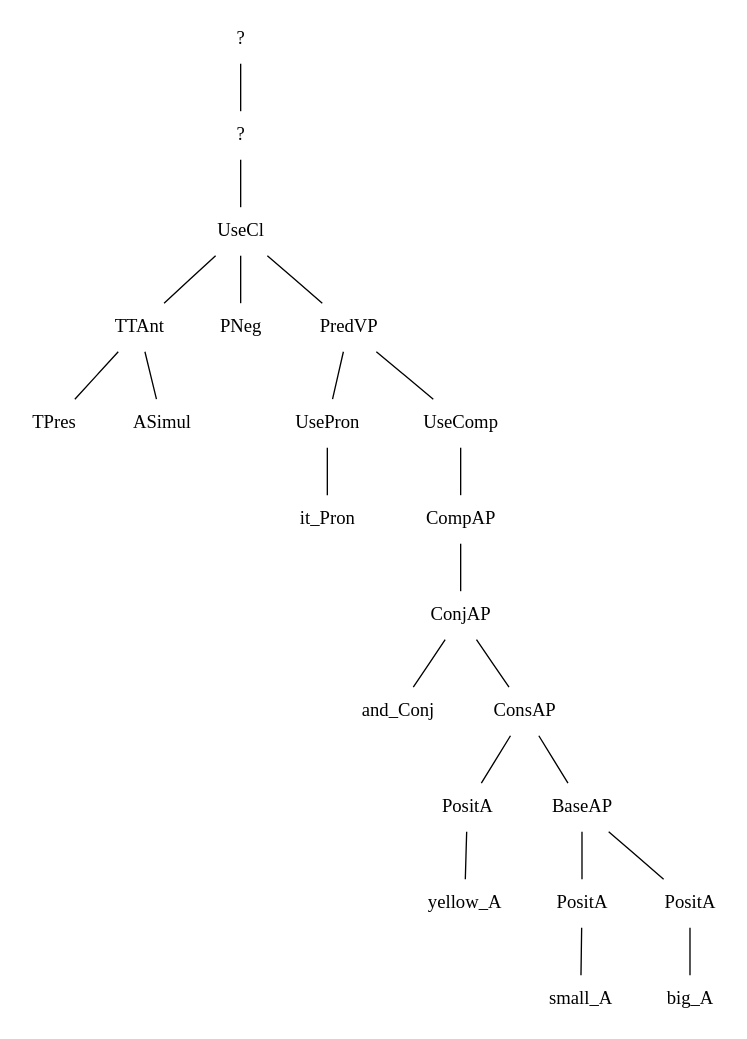
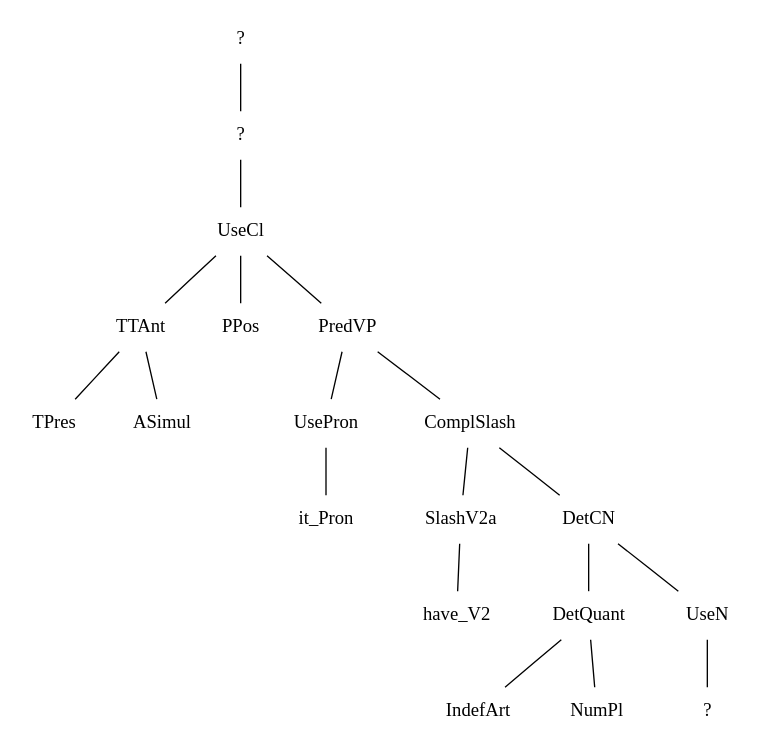
Before and after one commit to MalinAhlberg/SwedishProject: the diagram in mapping/tmp_tree.dot, drawn with Graphviz. The commit also changed 6 other files, not shown here.

```diff
--- a/mapping/tmp_tree.dot
+++ b/mapping/tmp_tree.dot
@@ -1,45 +1,39 @@
 graph {
 n0[label = "?", style = "solid", shape = "plaintext"] ;
 n0_0[label = "?", style = "solid", shape = "plaintext"] ;
 n0 -- n0_0 [style = "solid"];
 n0_0_0[label = "UseCl", style = "solid", shape = "plaintext"] ;
 n0_0 -- n0_0_0 [style = "solid"];
 n0_0_0_0[label = "TTAnt", style = "solid", shape = "plaintext"] ;
 n0_0_0 -- n0_0_0_0 [style = "solid"];
 n0_0_0_0_0[label = "TPres", style = "solid", shape = "plaintext"] ;
 n0_0_0_0 -- n0_0_0_0_0 [style = "solid"];
 n1_0_0_0_0[label = "ASimul", style = "solid", shape = "plaintext"] ;
 n0_0_0_0 -- n1_0_0_0_0 [style = "solid"];
-n1_0_0_0[label = "PNeg", style = "solid", shape = "plaintext"] ;
+n1_0_0_0[label = "PPos", style = "solid", shape = "plaintext"] ;
 n0_0_0 -- n1_0_0_0 [style = "solid"];
 n2_0_0_0[label = "PredVP", style = "solid", shape = "plaintext"] ;
 n0_0_0 -- n2_0_0_0 [style = "solid"];
 n0_2_0_0_0[label = "UsePron", style = "solid", shape = "plaintext"] ;
 n2_0_0_0 -- n0_2_0_0_0 [style = "solid"];
 n0_0_2_0_0_0[label = "it_Pron", style = "solid", shape = "plaintext"] ;
 n0_2_0_0_0 -- n0_0_2_0_0_0 [style = "solid"];
-n1_2_0_0_0[label = "UseComp", style = "solid", shape = "plaintext"] ;
+n1_2_0_0_0[label = "ComplSlash", style = "solid", shape = "plaintext"] ;
 n2_0_0_0 -- n1_2_0_0_0 [style = "solid"];
-n0_1_2_0_0_0[label = "CompAP", style = "solid", shape = "plaintext"] ;
+n0_1_2_0_0_0[label = "SlashV2a", style = "solid", shape = "plaintext"] ;
 n1_2_0_0_0 -- n0_1_2_0_0_0 [style = "solid"];
-n0_0_1_2_0_0_0[label = "ConjAP", style = "solid", shape = "plaintext"] ;
+n0_0_1_2_0_0_0[label = "have_V2", style = "solid", shape = "plaintext"] ;
 n0_1_2_0_0_0 -- n0_0_1_2_0_0_0 [style = "solid"];
-n0_0_0_1_2_0_0_0[label = "and_Conj", style = "solid", shape = "plaintext"] ;
-n0_0_1_2_0_0_0 -- n0_0_0_1_2_0_0_0 [style = "solid"];
-n1_0_0_1_2_0_0_0[label = "ConsAP", style = "solid", shape = "plaintext"] ;
-n0_0_1_2_0_0_0 -- n1_0_0_1_2_0_0_0 [style = "solid"];
-n0_1_0_0_1_2_0_0_0[label = "PositA", style = "solid", shape = "plaintext"] ;
-n1_0_0_1_2_0_0_0 -- n0_1_0_0_1_2_0_0_0 [style = "solid"];
-n0_0_1_0_0_1_2_0_0_0[label = "yellow_A", style = "solid", shape = "plaintext"] ;
-n0_1_0_0_1_2_0_0_0 -- n0_0_1_0_0_1_2_0_0_0 [style = "solid"];
-n1_1_0_0_1_2_0_0_0[label = "BaseAP", style = "solid", shape = "plaintext"] ;
-n1_0_0_1_2_0_0_0 -- n1_1_0_0_1_2_0_0_0 [style = "solid"];
-n0_1_1_0_0_1_2_0_0_0[label = "PositA", style = "solid", shape = "plaintext"] ;
-n1_1_0_0_1_2_0_0_0 -- n0_1_1_0_0_1_2_0_0_0 [style = "solid"];
-n0_0_1_1_0_0_1_2_0_0_0[label = "small_A", style = "solid", shape = "plaintext"] ;
-n0_1_1_0_0_1_2_0_0_0 -- n0_0_1_1_0_0_1_2_0_0_0 [style = "solid"];
-n1_1_1_0_0_1_2_0_0_0[label = "PositA", style = "solid", shape = "plaintext"] ;
-n1_1_0_0_1_2_0_0_0 -- n1_1_1_0_0_1_2_0_0_0 [style = "solid"];
-n0_1_1_1_0_0_1_2_0_0_0[label = "big_A", style = "solid", shape = "plaintext"] ;
-n1_1_1_0_0_1_2_0_0_0 -- n0_1_1_1_0_0_1_2_0_0_0 [style = "solid"];
+n1_1_2_0_0_0[label = "DetCN", style = "solid", shape = "plaintext"] ;
+n1_2_0_0_0 -- n1_1_2_0_0_0 [style = "solid"];
+n0_1_1_2_0_0_0[label = "DetQuant", style = "solid", shape = "plaintext"] ;
+n1_1_2_0_0_0 -- n0_1_1_2_0_0_0 [style = "solid"];
+n0_0_1_1_2_0_0_0[label = "IndefArt", style = "solid", shape = "plaintext"] ;
+n0_1_1_2_0_0_0 -- n0_0_1_1_2_0_0_0 [style = "solid"];
+n1_0_1_1_2_0_0_0[label = "NumPl", style = "solid", shape = "plaintext"] ;
+n0_1_1_2_0_0_0 -- n1_0_1_1_2_0_0_0 [style = "solid"];
+n1_1_1_2_0_0_0[label = "UseN", style = "solid", shape = "plaintext"] ;
+n1_1_2_0_0_0 -- n1_1_1_2_0_0_0 [style = "solid"];
+n0_1_1_1_2_0_0_0[label = "?", style = "solid", shape = "plaintext"] ;
+n1_1_1_2_0_0_0 -- n0_1_1_1_2_0_0_0 [style = "solid"];
 }
```
